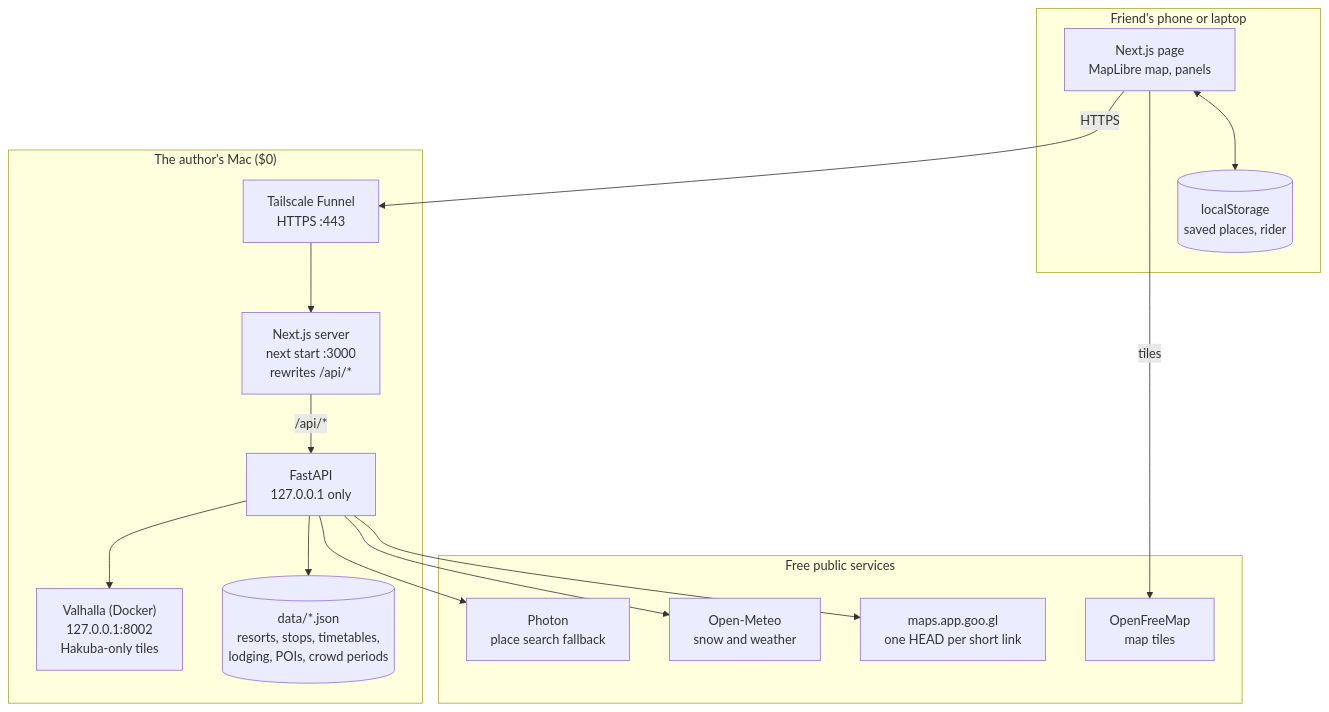
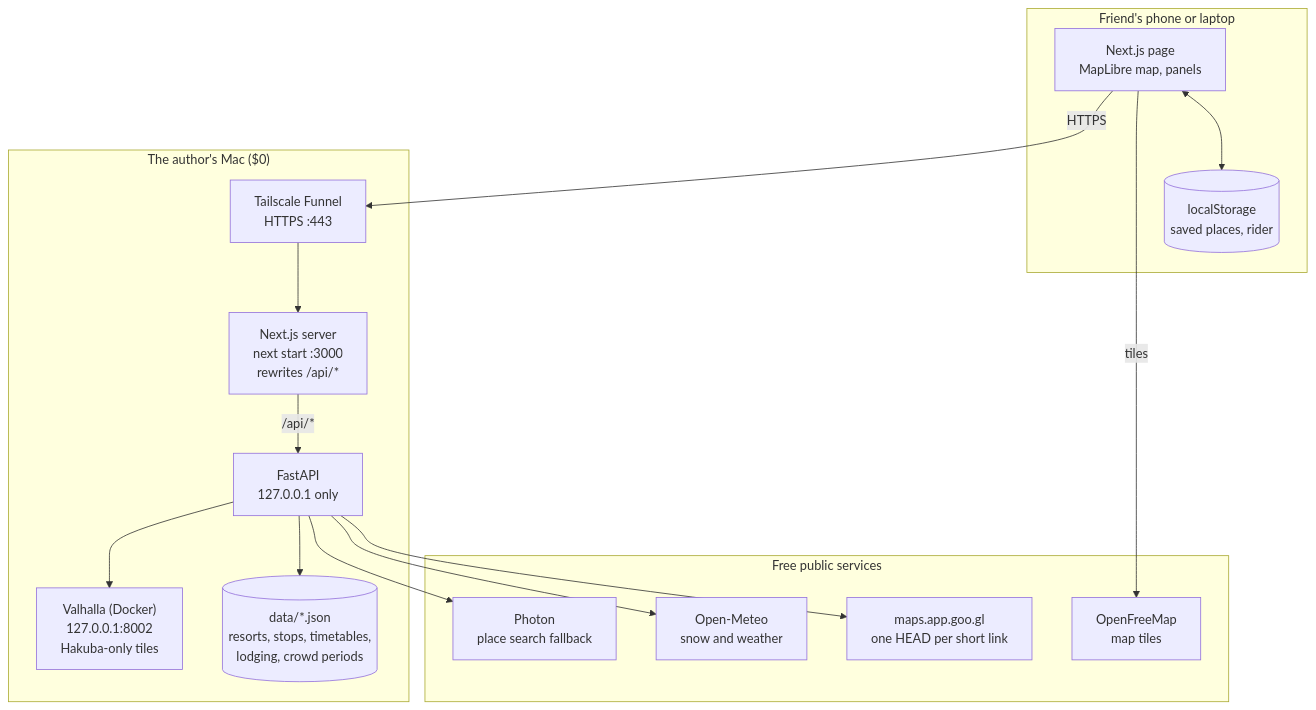
Before and after one commit to r03922123/jp_ski_map: the diagram in docs/ARCHITECTURE.md, drawn with Mermaid. The commit also changed other lines of this file and 19 other files, not shown here.

````diff
--- a/docs/ARCHITECTURE.md
+++ b/docs/ARCHITECTURE.md
@@ -96,31 +96,31 @@
 ```mermaid
 flowchart TB
   subgraph Phone["Friend's phone or laptop"]
     UI["Next.js page<br/>MapLibre map, panels"]
     LS[("localStorage<br/>saved places, rider")]
   end
 
   subgraph Mac["The author's Mac ($0)"]
     TS["Tailscale Funnel<br/>HTTPS :443"]
     WEB["Next.js server<br/>next start :3000<br/>rewrites /api/*"]
     API["FastAPI<br/>127.0.0.1 only"]
     VAL["Valhalla (Docker)<br/>127.0.0.1:8002<br/>Hakuba-only tiles"]
-    DATA[("data/*.json<br/>resorts, stops, timetables,<br/>lodging, POIs, crowd periods")]
+    DATA[("data/*.json<br/>resorts, stops, timetables,<br/>lodging, crowd periods")]
   end
 
   subgraph Net["Free public services"]
     OFM["OpenFreeMap<br/>map tiles"]
     PH["Photon<br/>place search fallback"]
     OM["Open-Meteo<br/>snow and weather"]
     GOO["maps.app.goo.gl<br/>one HEAD per short link"]
   end
 
   UI -- HTTPS --> TS --> WEB -- "/api/*" --> API
   UI -- tiles --> OFM
   UI <--> LS
   API --> VAL
   API --> DATA
   API --> PH
   API --> OM
   API --> GOO
 ```
````
